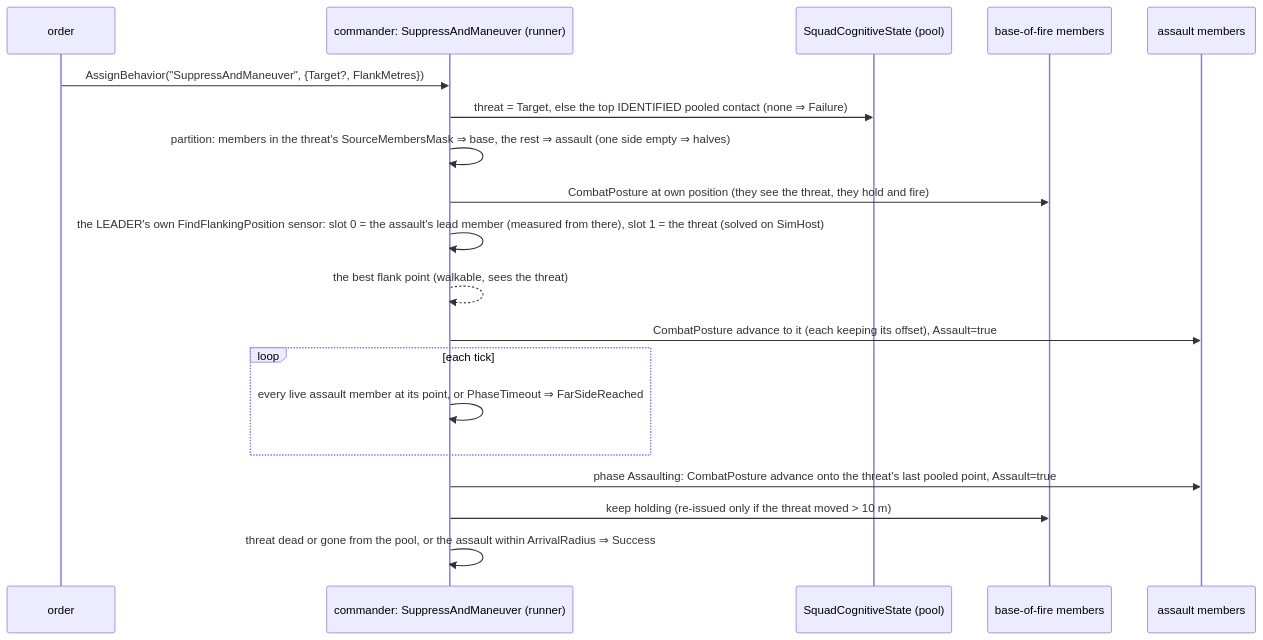
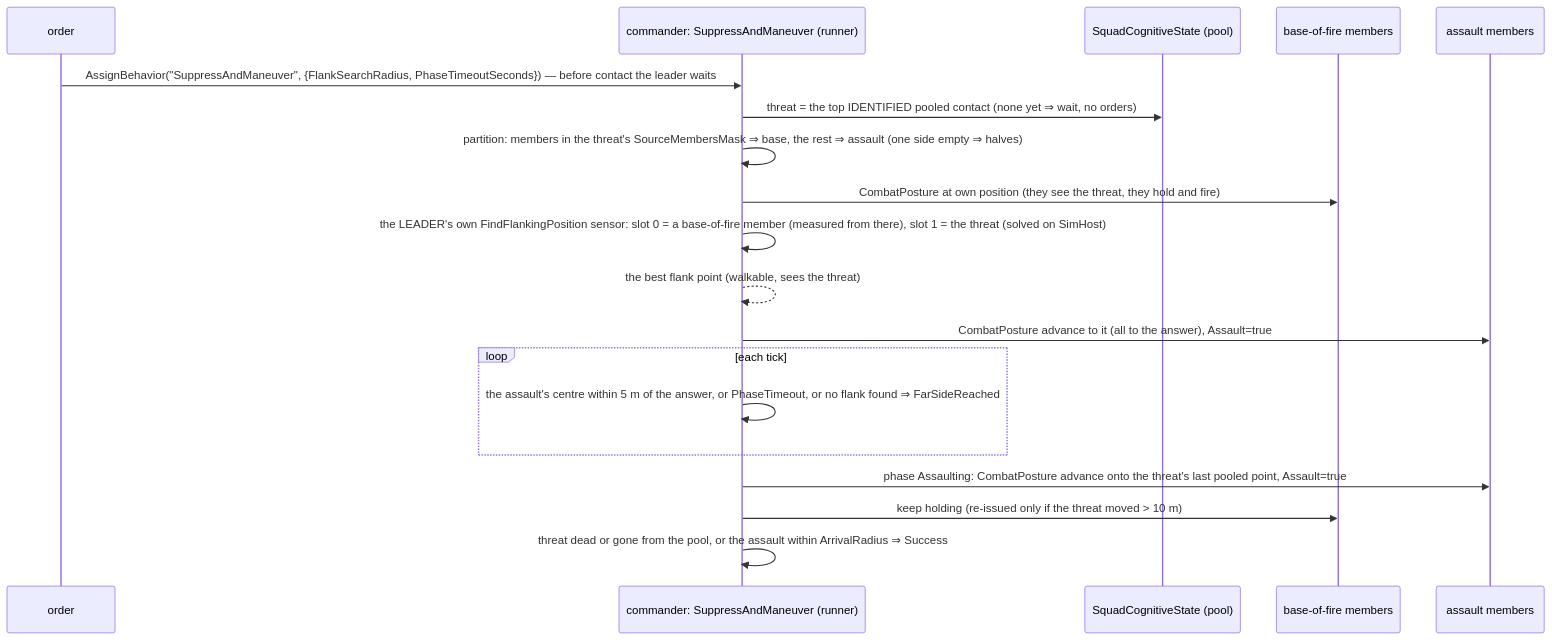
One commit to pjanec/HROT changed the fourth of 10 diagrams in docs/designs/group-maneuvers/DESIGN_Squad_Tactics.md. Above: the diagram before and after it, drawn with Mermaid. The commit also changed other lines of this file and 1 other file, not shown here.

First line of the commit message:
WIP CE-2123 S1: as-built §3.6 + diagrams aligned; partition rail discriminates reporters from halves

````diff
--- a/docs/designs/group-maneuvers/DESIGN_Squad_Tactics.md
+++ b/docs/designs/group-maneuvers/DESIGN_Squad_Tactics.md
@@ -145,21 +145,21 @@
 ```mermaid
 sequenceDiagram
   participant O as order
   participant C as commander: SuppressAndManeuver (runner)
   participant P as SquadCognitiveState (pool)
   participant B as base-of-fire members
   participant A as assault members
-  O->>C: AssignBehavior("SuppressAndManeuver", {Target?, FlankMetres})
-  C->>P: threat = Target, else the top IDENTIFIED pooled contact (none ⇒ Failure)
+  O->>C: AssignBehavior("SuppressAndManeuver", {FlankSearchRadius, PhaseTimeoutSeconds}) — before contact the leader waits
+  C->>P: threat = the top IDENTIFIED pooled contact (none yet ⇒ wait, no orders)
   C->>C: partition: members in the threat's SourceMembersMask ⇒ base, the rest ⇒ assault (one side empty ⇒ halves)
   C->>B: CombatPosture at own position (they see the threat, they hold and fire)
-  C->>C: the LEADER's own FindFlankingPosition sensor: slot 0 = the assault's lead member (measured from there), slot 1 = the threat (solved on SimHost)
+  C->>C: the LEADER's own FindFlankingPosition sensor: slot 0 = a base-of-fire member (measured from there), slot 1 = the threat (solved on SimHost)
   C-->>C: the best flank point (walkable, sees the threat)
-  C->>A: CombatPosture advance to it (each keeping its offset), Assault=true
+  C->>A: CombatPosture advance to it (all to the answer), Assault=true
   loop each tick
-    C->>C: every live assault member at its point, or PhaseTimeout ⇒ FarSideReached
+    C->>C: the assault's centre within 5 m of the answer, or PhaseTimeout, or no flank found ⇒ FarSideReached
   end
   C->>A: phase Assaulting: CombatPosture advance onto the threat's last pooled point, Assault=true
   C->>B: keep holding (re-issued only if the threat moved > 10 m)
   C->>C: threat dead or gone from the pool, or the assault within ArrivalRadius ⇒ Success
 ```
````
